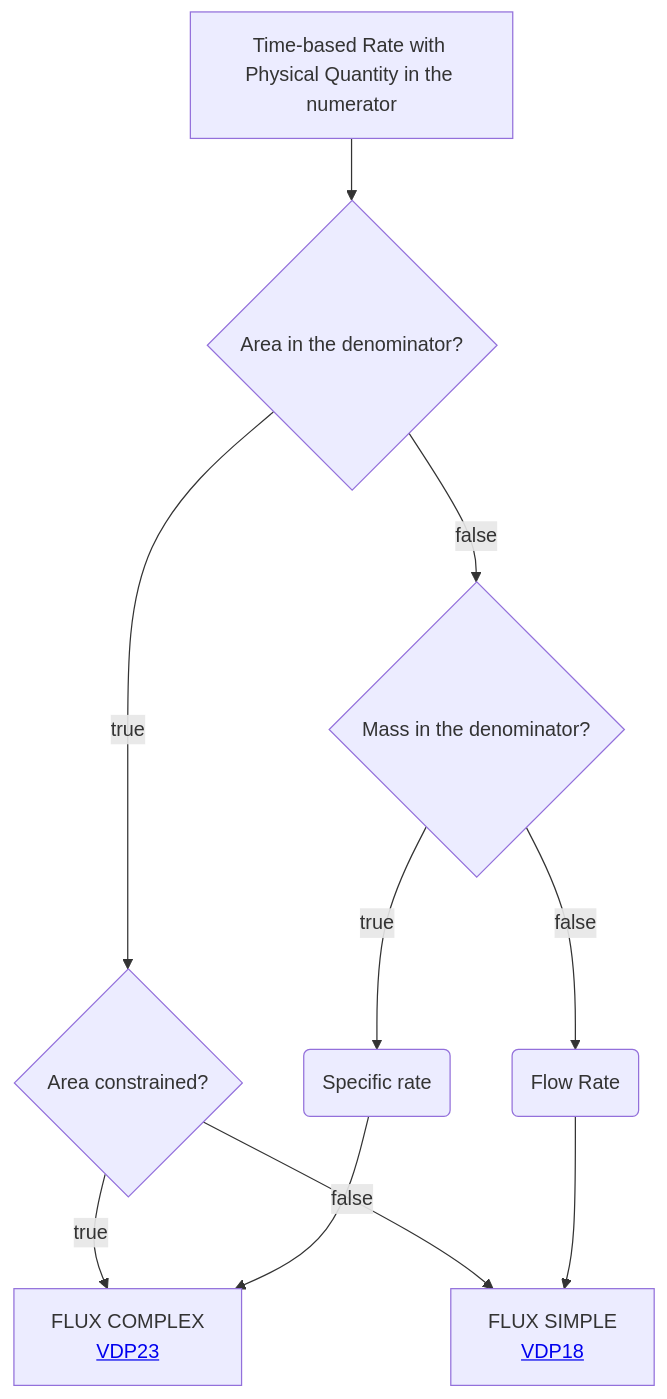
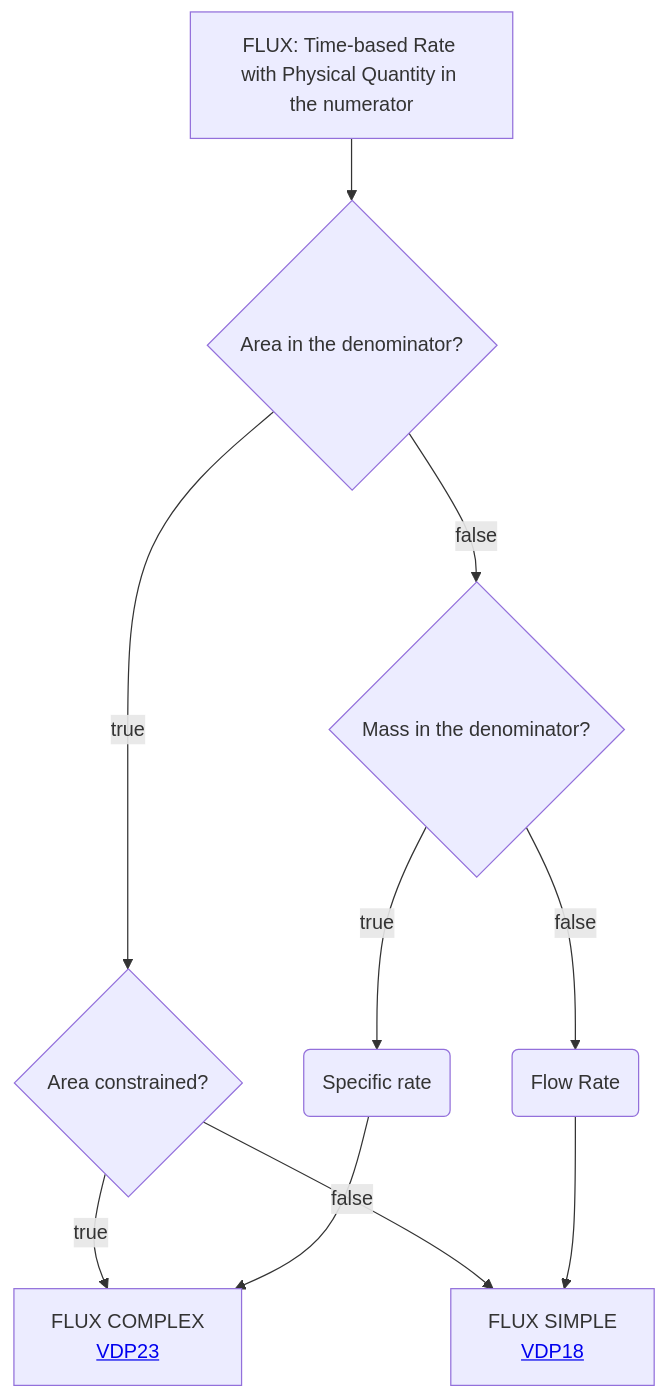
The diagram in Decisition_trees/DT3.mmd (mabablue/I-ADOPT-patterns-playground), drawn with Mermaid before and after one commit.

```diff
--- a/Decisition_trees/DT3.mmd
+++ b/Decisition_trees/DT3.mmd
@@ -1,10 +1,10 @@
 flowchart TD
-    A[Time-based Rate with Physical Quantity in the numerator] --> E{Area in the denominator?}
+    A[FLUX: Time-based Rate with Physical Quantity in the numerator] --> E{Area in the denominator?}
     E --> |true|F{Area constrained?}
     E --> |false|K{Mass in the denominator?} 
     F --> |true|G[FLUX COMPLEX <br> <a href='https://github.com/mabablue/I-ADOPT-patterns-playground/blob/main/pattern/VDP23.yaml'>VDP23</a>]
     F --> |false|H[FLUX SIMPLE <br> <a href='https://github.com/mabablue/I-ADOPT-patterns-playground/blob/main/pattern/VDP18.yaml'>VDP18</a>]
     K --> |true|L(Specific rate)
     L --> G
     K --> |false|M(Flow Rate)
     M --> H
```
